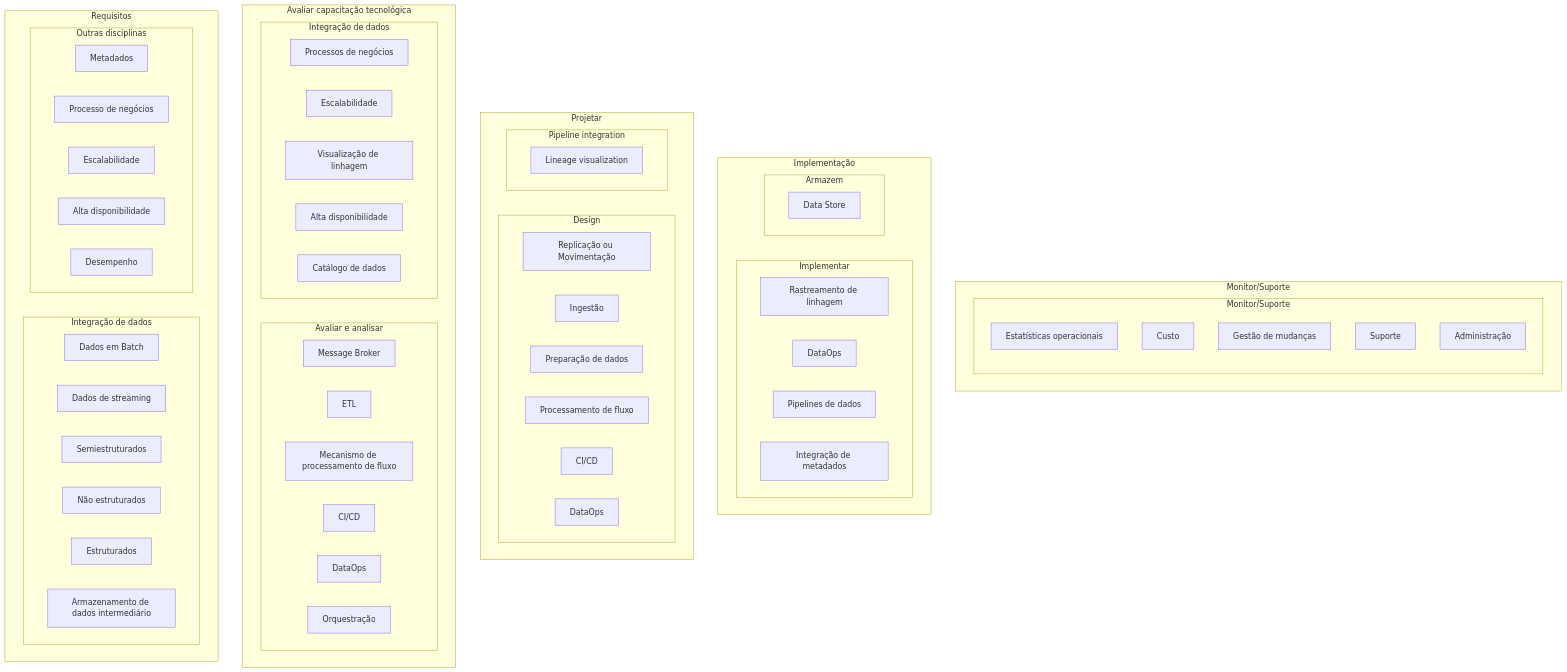
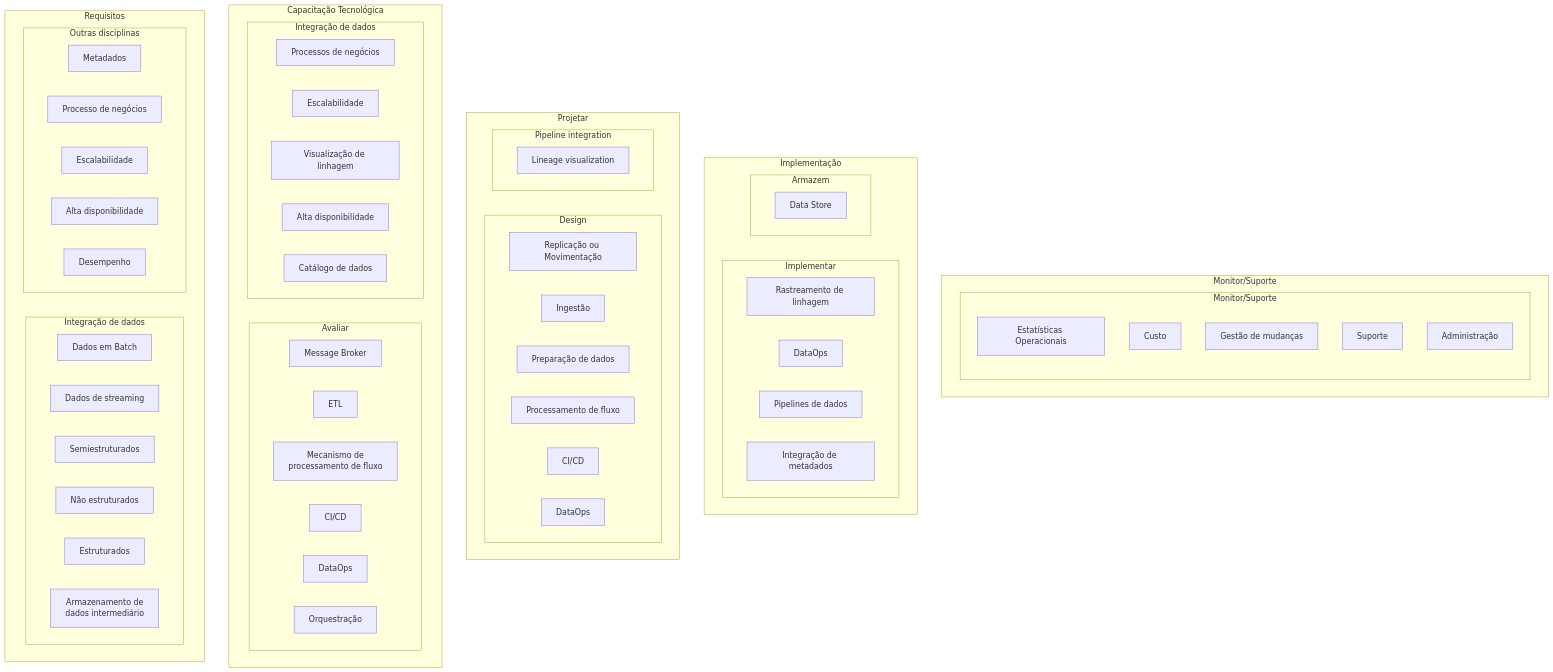
One commit to 60pportunities/EngenhariaSoftware changed the first of 18 diagrams in docs/Dados/Introdução.md. Above: the diagram before and after it, drawn with Mermaid. The commit also changed other lines of this file and 11 other files, not shown here.

```diff
--- a/docs/Dados/Introdução.md
+++ b/docs/Dados/Introdução.md
@@ -104,7 +135,7 @@
 graph TD
 subgraph 05 ["Monitor/Suporte"]
   subgraph ms01 ["Monitor/Suporte"]
-    ms01id01["Estatísticas operacionais"]
+    ms01id01["Estatísticas Operacionais"]
     ms01id02["Custo"]
     ms01id03["Gestão de mudanças"]
     ms01id04["Suporte"]
@@ -143,12 +174,12 @@
   end
 end
 
-subgraph 02 ["Avaliar capacitação tecnológica"]
-  subgraph ct01 ["Avaliar e analisar"]
+subgraph 02 ["Capacitação Tecnológica"]
+  subgraph ct01 ["Avaliar"]
    direction LR
    ct01id01["Message Broker"]
    ct01id02["ETL"]
-   ct01id03["Mecanismo de processamento de fluxo"]
+   ct01id03["Mecanismo de</br>processamento de fluxo"]
    ct01id04["CI/CD"]
    ct01id05["DataOps"]
    ct01id06["Orquestração"]
@@ -172,7 +203,7 @@
      req01id03[Semiestruturados]
      req01id04[Não estruturados]
      req01id05[Estruturados]
-     req01id06[Armazenamento de dados intermediário]
+     req01id06[Armazenamento de</br> dados intermediário]
   end
   subgraph req02 ["Outras disciplinas"]
     direction LR
```
